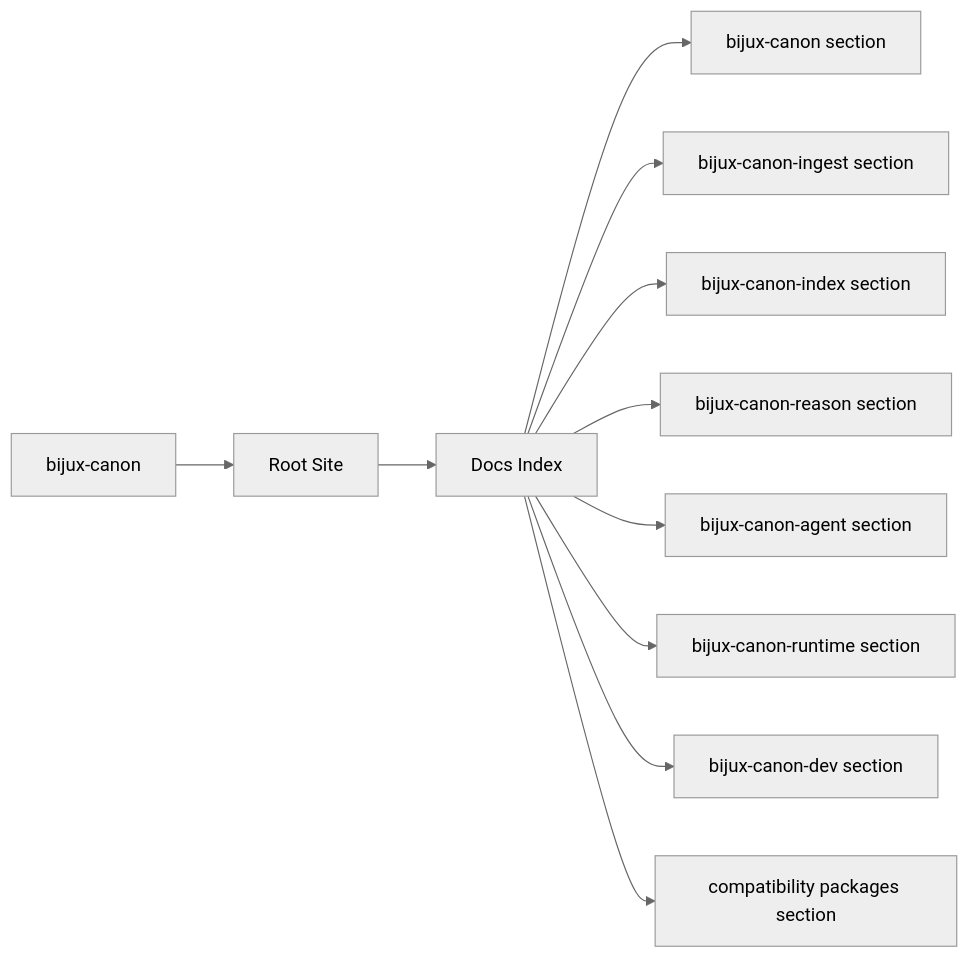
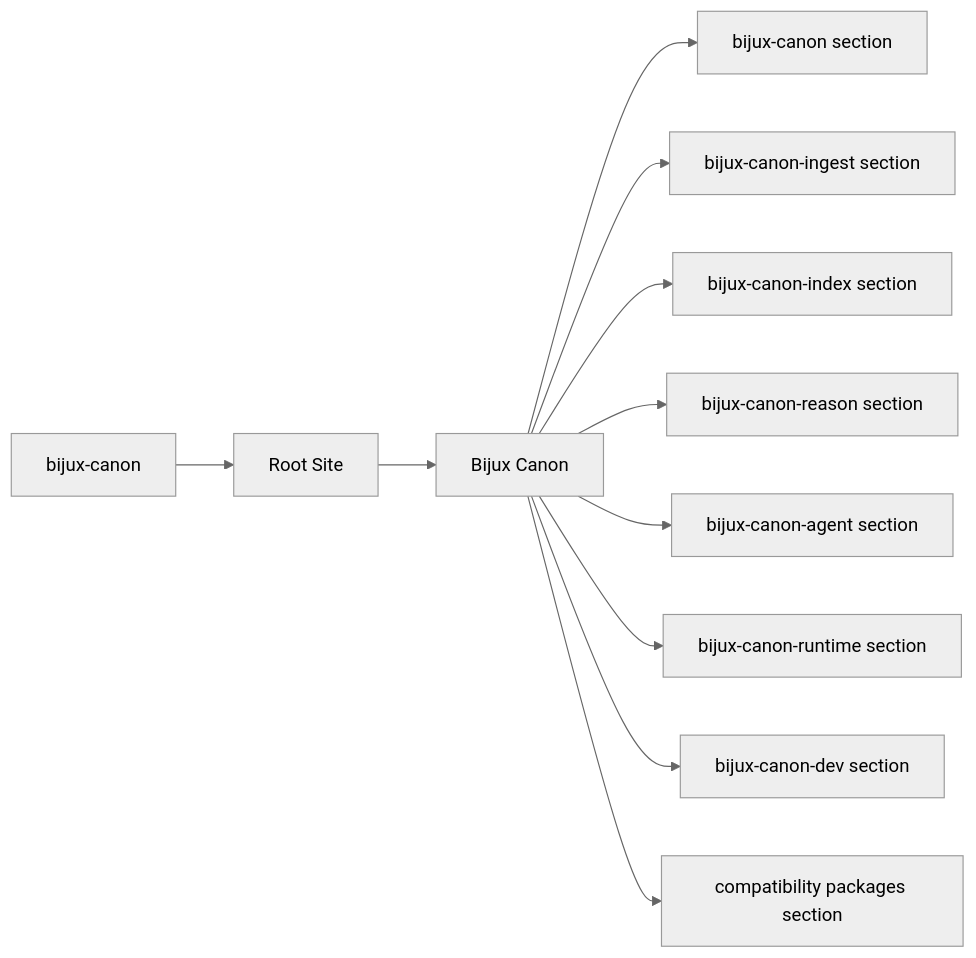
Before and after one commit to bijux/bijux-canon: the first of 2 diagrams in docs/index.md, drawn with Mermaid (neutral theme). The commit also changed other lines of this file and 261 other files, not shown here.

Commit message:
docs(canon): unify handbook style with the shared bijux docs system

````diff
--- a/docs/index.md
+++ b/docs/index.md
@@ -55,21 +55,21 @@
 ```mermaid
 flowchart LR
     scope["bijux-canon"] --> section["Root Site"]
-    section --> page["Docs Index"]
+    section --> page["Bijux Canon"]
     dest1["bijux-canon section"]
     dest2["bijux-canon-ingest section"]
     dest3["bijux-canon-index section"]
     dest4["bijux-canon-reason section"]
     dest5["bijux-canon-agent section"]
     dest6["bijux-canon-runtime section"]
     dest7["bijux-canon-dev section"]
     dest8["compatibility packages section"]
     page --> dest1
     page --> dest2
     page --> dest3
     page --> dest4
     page --> dest5
     page --> dest6
     page --> dest7
     page --> dest8
 ```
````
